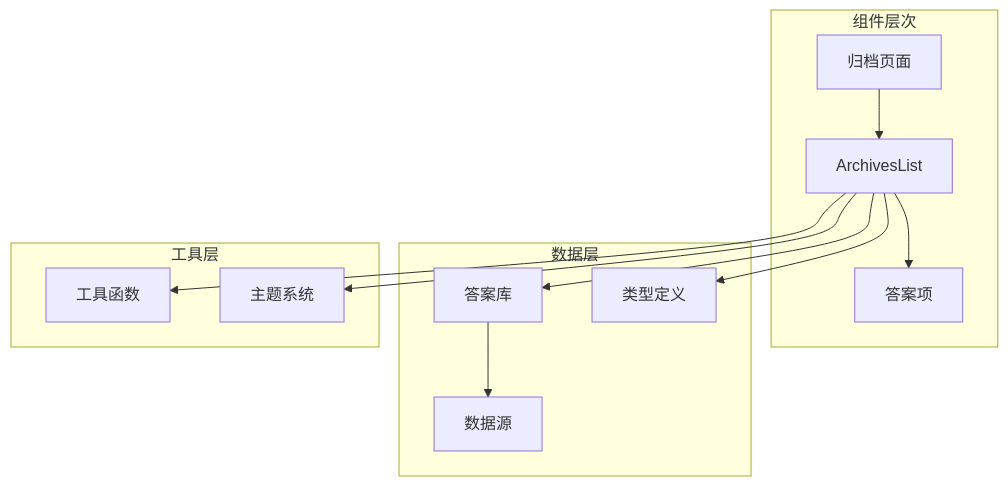
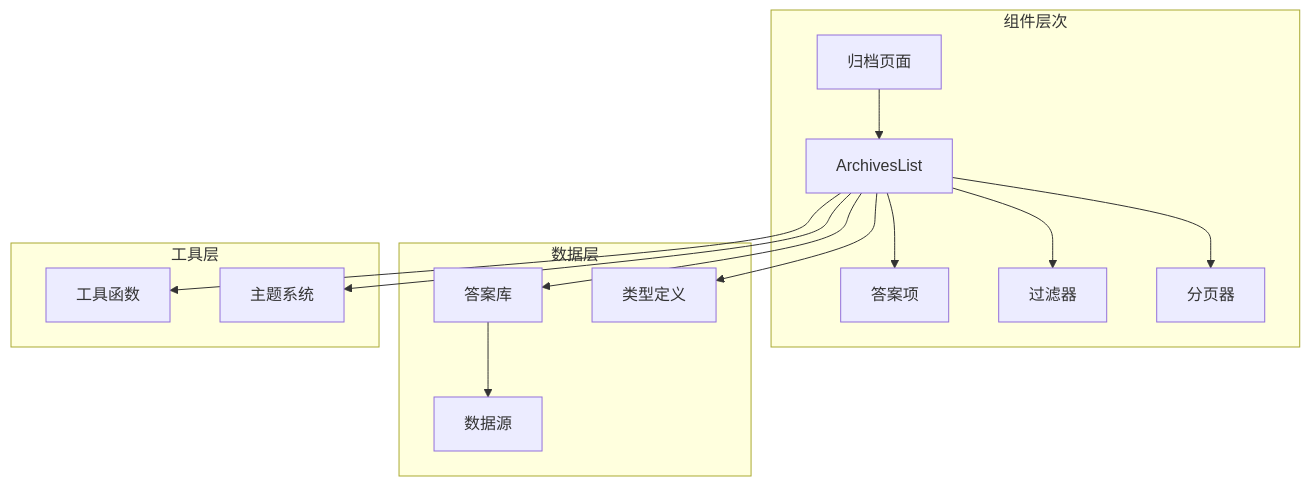
Before and after one commit to billychou/linkedin-answer: diagram 11 of 13 in .qoder/repowiki/zh/content/核心功能模块/游戏组件系统/ArchivesList 历史记录列表组件.md, drawn with Mermaid. The commit also changed other lines of this file and 10 other files, not shown here.

````diff
--- a/.qoder/repowiki/zh/content/核心功能模块/游戏组件系统/ArchivesList 历史记录列表组件.md
+++ b/.qoder/repowiki/zh/content/核心功能模块/游戏组件系统/ArchivesList 历史记录列表组件.md
@@ -290,24 +395,28 @@
 ```mermaid
 graph TD
 subgraph "组件层次"
 PAGE[归档页面]
 AL[ArchivesList]
 ITEM[答案项]
+FILTER[过滤器]
+PAGINATION[分页器]
 end
 subgraph "数据层"
 LIB[答案库]
 DATA[数据源]
 TYPE[类型定义]
 end
 subgraph "工具层"
 UTIL[工具函数]
 THEME[主题系统]
 end
 PAGE --> AL
 AL --> ITEM
+AL --> FILTER
+AL --> PAGINATION
 AL --> LIB
 LIB --> DATA
 AL --> TYPE
 AL --> UTIL
 AL --> THEME
 ```
````
